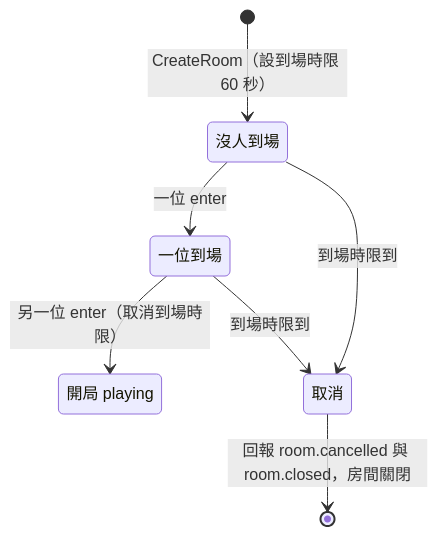
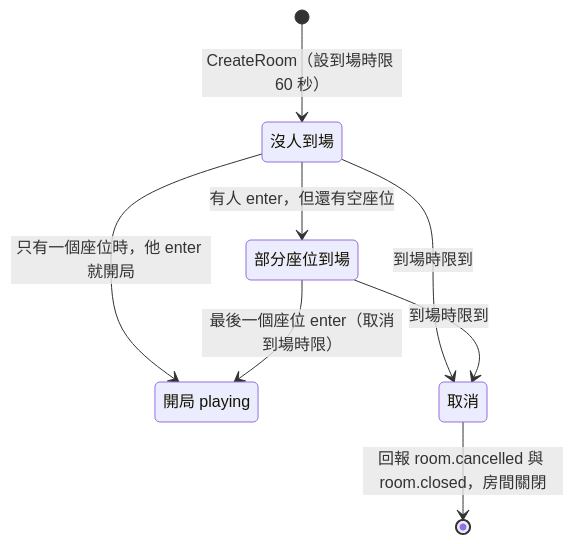
Before and after one commit to yshsu0918/yi-arena: the third of 10 diagrams in docs/spec_v2.md, drawn with Mermaid. The commit also changed other lines of this file and 3 other files, not shown here.

````diff
--- a/docs/spec_v2.md
+++ b/docs/spec_v2.md
@@ -347,14 +348,15 @@
 ```mermaid
 stateDiagram-v2
   state "沒人到場" as none
-  state "一位到場" as one
+  state "部分座位到場" as one
   state "開局 playing" as playing
   state "取消" as cancelled
 
   [*] --> none: CreateRoom（設到場時限 60 秒）
-  none --> one: 一位 enter
-  one --> playing: 另一位 enter（取消到場時限）
+  none --> one: 有人 enter，但還有空座位
+  none --> playing: 只有一個座位時，他 enter 就開局
+  one --> playing: 最後一個座位 enter（取消到場時限）
   none --> cancelled: 到場時限到
   one --> cancelled: 到場時限到
   cancelled --> [*]: 回報 room.cancelled 與 room.closed，房間關閉
 ```
````
